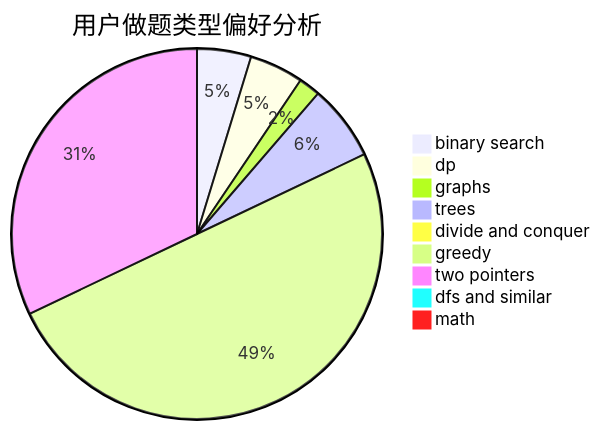
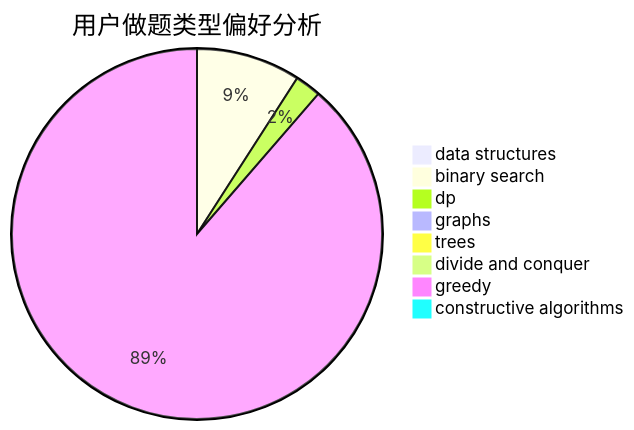
The second of 3 diagrams in docs/user/u2346.md (sherpahu/cfrs.github.io), drawn with Mermaid before and after one commit. The commit also changed other lines of this file and 2775 other files, not shown here.

````diff
--- a/docs/user/u2346.md
+++ b/docs/user/u2346.md
@@ -23,12 +23,11 @@
 ```mermaid
 pie title 用户做题类型偏好分析
-    "binary search" :  5
-    "dp" :  5
-    "graphs" :  2
-    "trees" :  7
+    "data structures" :  0
+    "binary search" :  4
+    "dp" :  1
+    "graphs" :  0
+    "trees" :  0
     "divide and conquer" :  0
-    "greedy" :  53
-    "two pointers" :  34
-    "dfs and similar" :  1
-    "math" :  1
+    "greedy" :  39
+    "constructive algorithms" :  0
 ```
````
